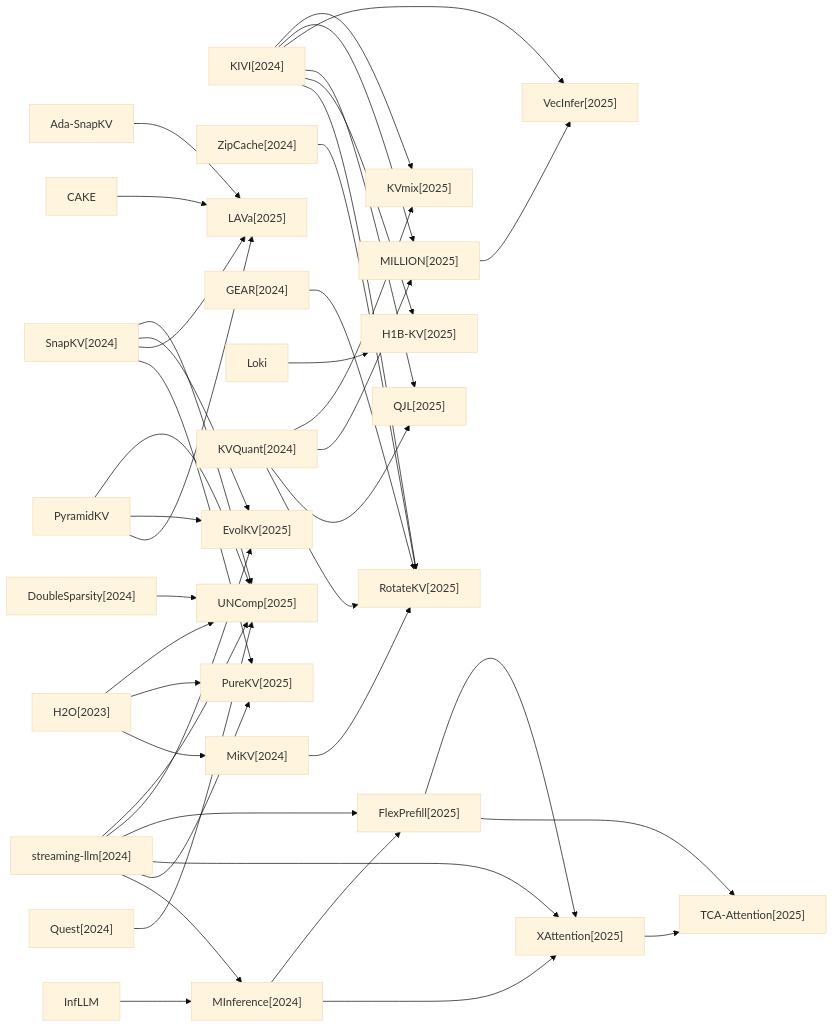
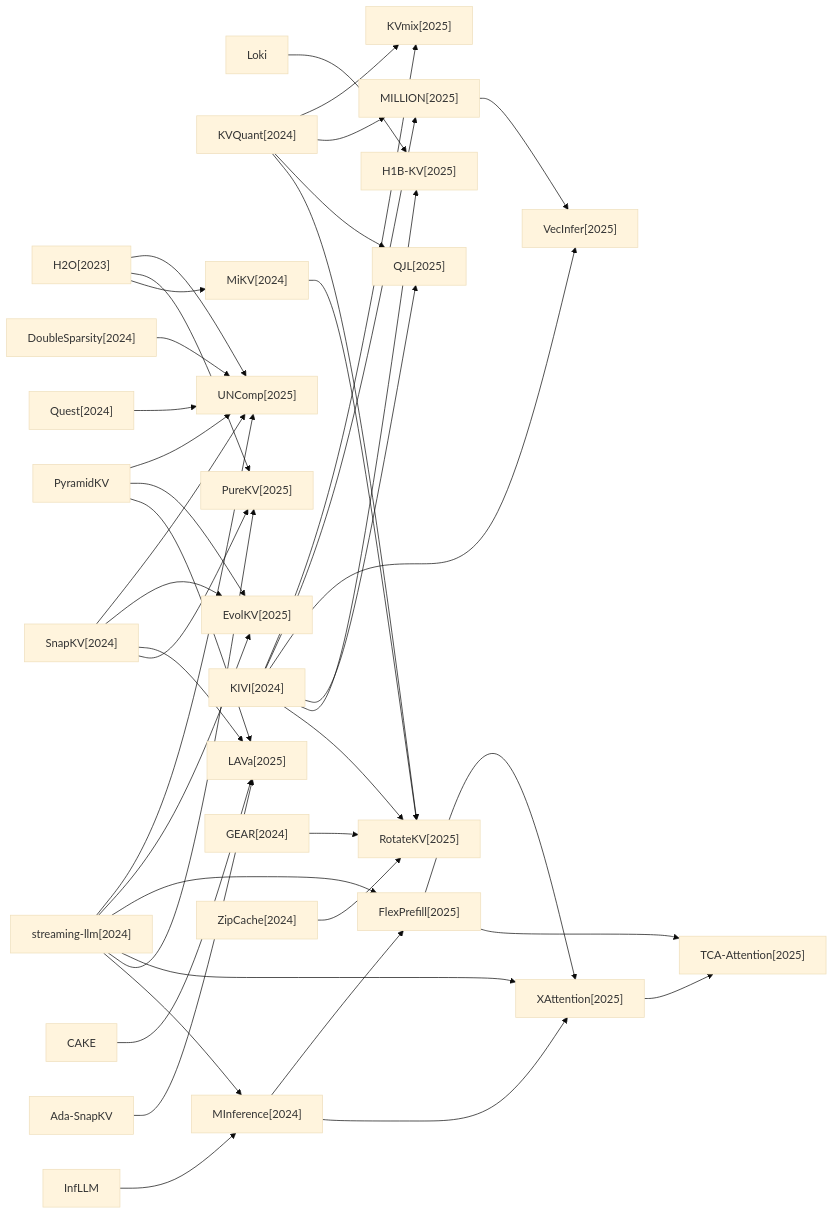
The fourth of 5 diagrams in docs/baseline_methods_graph.md (hustzxd/EfficientPaper), drawn with Mermaid (base theme) before and after one commit. The commit also changed other lines of this file and 21 other files, not shown here.

````diff
--- a/docs/baseline_methods_graph.md
+++ b/docs/baseline_methods_graph.md
@@ -60,73 +62,73 @@
 ```mermaid
 flowchart LR
-    2024_KIVI["KIVI[2024]"]
-    2024_ZipCache["ZipCache[2024]"]
-    2025_PureKV["PureKV[2025]"]
-    2025_KVmix["KVmix[2025]"]
-    2024_DoubleSparsity["DoubleSparsity[2024]"]
-    2025_H1B_KV["H1B-KV[2025]"]
-    2024_GEAR["GEAR[2024]"]
     Loki["Loki"]
     2024_KVQuant["KVQuant[2024]"]
+    2025_PureKV["PureKV[2025]"]
+    PyramidKV["PyramidKV"]
+    2025_KVmix["KVmix[2025]"]
+    2025_UNComp["UNComp[2025]"]
+    2025_VecInfer["VecInfer[2025]"]
+    2024_MiKV["MiKV[2024]"]
+    2024_DoubleSparsity["DoubleSparsity[2024]"]
+    2025_RotateKV["RotateKV[2025]"]
+    2025_MILLION["MILLION[2025]"]
+    2023_H2O["H2O[2023]"]
+    2024_Quest["Quest[2024]"]
+    2025_EvolKV["EvolKV[2025]"]
+    2025_TCA_Attention["TCA-Attention[2025]"]
+    2024_KIVI["KIVI[2024]"]
+    2025_LAVa["LAVa[2025]"]
+    CAKE["CAKE"]
+    2024_GEAR["GEAR[2024]"]
+    InfLLM["InfLLM"]
+    2024_MInference["MInference[2024]"]
+    2025_XAttention["XAttention[2025]"]
+    2024_ZipCache["ZipCache[2024]"]
     2025_FlexPrefill["FlexPrefill[2025]"]
-    2024_streaming_llm["streaming-llm[2024]"]
-    Ada_SnapKV["Ada-SnapKV"]
-    CAKE["CAKE"]
-    PyramidKV["PyramidKV"]
-    2025_EvolKV["EvolKV[2025]"]
-    2025_LAVa["LAVa[2025]"]
-    2025_RotateKV["RotateKV[2025]"]
-    2025_VecInfer["VecInfer[2025]"]
-    2025_UNComp["UNComp[2025]"]
-    2025_XAttention["XAttention[2025]"]
-    2025_MILLION["MILLION[2025]"]
+    2025_H1B_KV["H1B-KV[2025]"]
     2024_SnapKV["SnapKV[2024]"]
     2025_QJL["QJL[2025]"]
-    2024_MInference["MInference[2024]"]
-    2025_TCA_Attention["TCA-Attention[2025]"]
-    2023_H2O["H2O[2023]"]
-    InfLLM["InfLLM"]
-    2024_Quest["Quest[2024]"]
-    2024_MiKV["MiKV[2024]"]
+    Ada_SnapKV["Ada-SnapKV"]
+    2024_streaming_llm["streaming-llm[2024]"]
+    Loki --> 2025_H1B_KV
+    2024_KVQuant --> 2025_KVmix
+    2024_KVQuant --> 2025_MILLION
+    2024_KVQuant --> 2025_QJL
+    2024_KVQuant --> 2025_RotateKV
+    PyramidKV --> 2025_UNComp
+    PyramidKV --> 2025_EvolKV
+    PyramidKV --> 2025_LAVa
+    2024_MiKV --> 2025_RotateKV
+    2024_DoubleSparsity --> 2025_UNComp
+    2025_MILLION --> 2025_VecInfer
+    2023_H2O --> 2025_UNComp
+    2023_H2O --> 2025_PureKV
+    2023_H2O --> 2024_MiKV
+    2024_Quest --> 2025_UNComp
     2024_KIVI --> 2025_KVmix
     2024_KIVI --> 2025_MILLION
     2024_KIVI --> 2025_VecInfer
     2024_KIVI --> 2025_QJL
     2024_KIVI --> 2025_H1B_KV
     2024_KIVI --> 2025_RotateKV
+    CAKE --> 2025_LAVa
+    2024_GEAR --> 2025_RotateKV
+    InfLLM --> 2024_MInference
+    2024_MInference --> 2025_FlexPrefill
+    2024_MInference --> 2025_XAttention
+    2025_XAttention --> 2025_TCA_Attention
     2024_ZipCache --> 2025_RotateKV
-    2024_DoubleSparsity --> 2025_UNComp
-    2024_GEAR --> 2025_RotateKV
-    Loki --> 2025_H1B_KV
-    2024_KVQuant --> 2025_KVmix
-    2024_KVQuant --> 2025_MILLION
-    2024_KVQuant --> 2025_QJL
-    2024_KVQuant --> 2025_RotateKV
     2025_FlexPrefill --> 2025_XAttention
     2025_FlexPrefill --> 2025_TCA_Attention
+    2024_SnapKV --> 2025_UNComp
+    2024_SnapKV --> 2025_EvolKV
+    2024_SnapKV --> 2025_LAVa
+    2024_SnapKV --> 2025_PureKV
+    Ada_SnapKV --> 2025_LAVa
     2024_streaming_llm --> 2025_UNComp
     2024_streaming_llm --> 2025_EvolKV
     2024_streaming_llm --> 2025_FlexPrefill
     2024_streaming_llm --> 2025_XAttention
     2024_streaming_llm --> 2025_PureKV
     2024_streaming_llm --> 2024_MInference
-    Ada_SnapKV --> 2025_LAVa
-    CAKE --> 2025_LAVa
-    PyramidKV --> 2025_UNComp
-    PyramidKV --> 2025_EvolKV
-    PyramidKV --> 2025_LAVa
-    2025_XAttention --> 2025_TCA_Attention
-    2025_MILLION --> 2025_VecInfer
-    2024_SnapKV --> 2025_UNComp
-    2024_SnapKV --> 2025_EvolKV
-    2024_SnapKV --> 2025_LAVa
-    2024_SnapKV --> 2025_PureKV
-    2024_MInference --> 2025_FlexPrefill
-    2024_MInference --> 2025_XAttention
-    2023_H2O --> 2025_UNComp
-    2023_H2O --> 2025_PureKV
-    2023_H2O --> 2024_MiKV
-    InfLLM --> 2024_MInference
-    2024_Quest --> 2025_UNComp
-    2024_MiKV --> 2025_RotateKV
 ```
````
